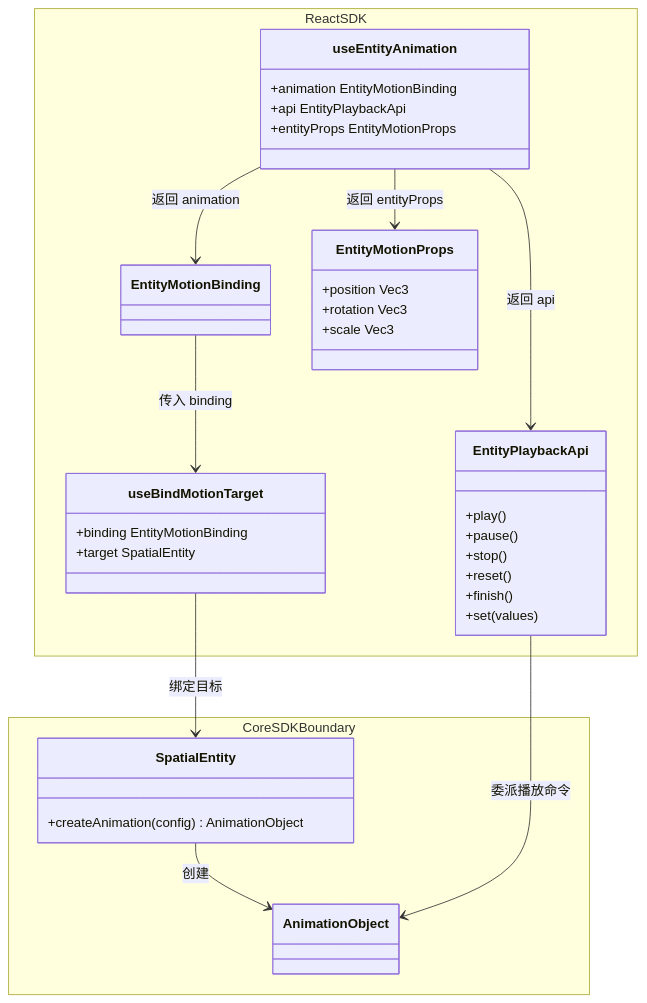
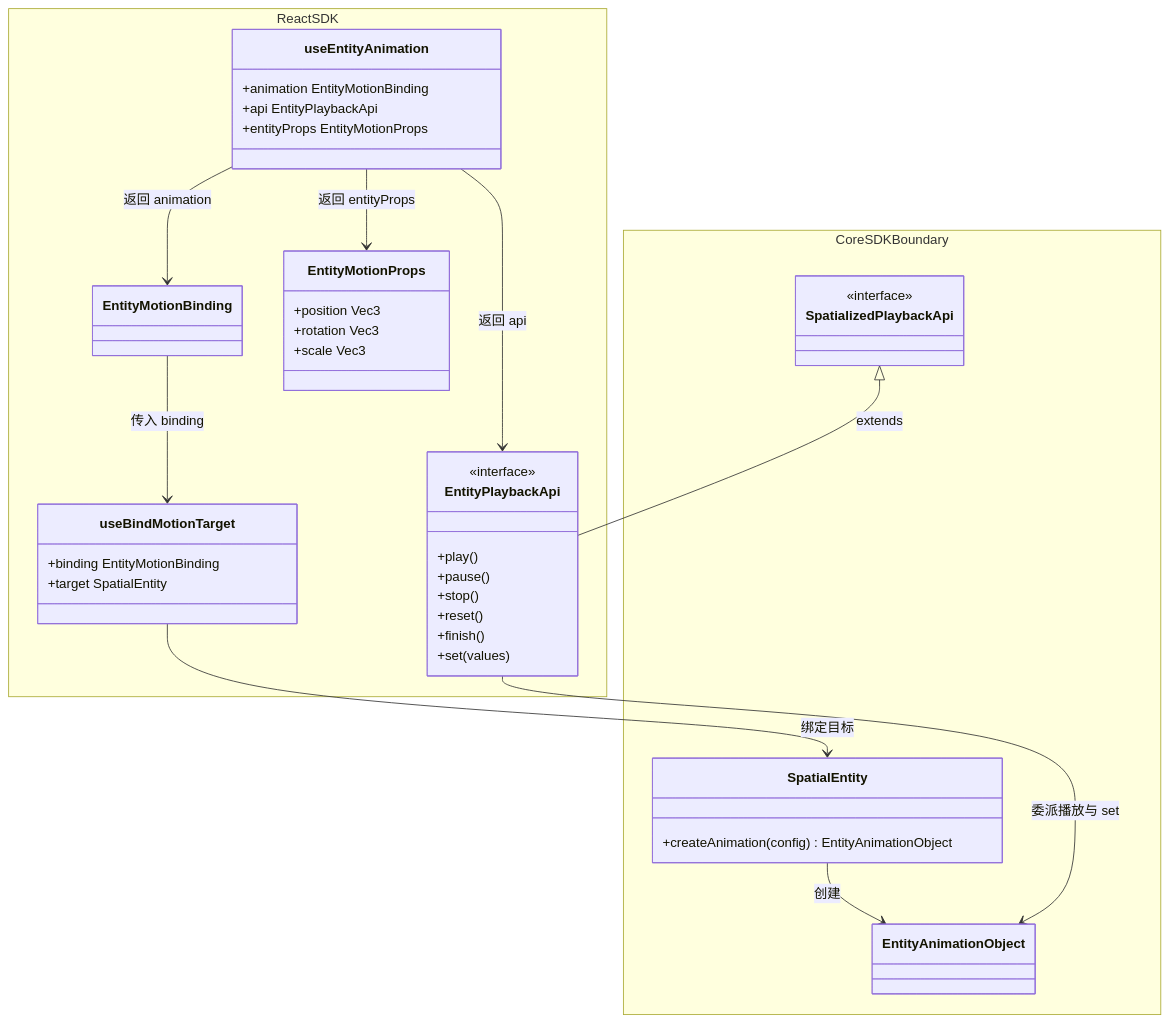
Before and after one commit to webspatial/webspatial-sdk: the fifth of 14 diagrams in openspec/changes/redesign-entity-motion-api/design.zh.md, drawn with Mermaid. The commit also changed other lines of this file and 1 other file, not shown here.

````diff
--- a/openspec/changes/redesign-entity-motion-api/design.zh.md
+++ b/openspec/changes/redesign-entity-motion-api/design.zh.md
@@ -364,41 +399,46 @@
 ```mermaid
 classDiagram
     namespace ReactSDK {
         class useEntityAnimation {
             +animation EntityMotionBinding
             +api EntityPlaybackApi
             +entityProps EntityMotionProps
         }
         class EntityPlaybackApi {
+            <<interface>>
             +play()
             +pause()
             +stop()
             +reset()
             +finish()
             +set(values)
         }
         class EntityMotionBinding
         class EntityMotionProps {
             +position Vec3
             +rotation Vec3
             +scale Vec3
         }
         class useBindMotionTarget {
             +binding EntityMotionBinding
             +target SpatialEntity
         }
     }
     namespace CoreSDKBoundary {
+        class SpatializedPlaybackApi {
+            <<interface>>
+        }
         class SpatialEntity {
-            +createAnimation(config) AnimationObject
+            +createAnimation(config) EntityAnimationObject
         }
-        class AnimationObject
+        class EntityAnimationObject
     }
     useEntityAnimation --> EntityMotionBinding : 返回 animation
     useEntityAnimation --> EntityPlaybackApi : 返回 api
     useEntityAnimation --> EntityMotionProps : 返回 entityProps
     EntityMotionBinding --> useBindMotionTarget : 传入 binding
     useBindMotionTarget --> SpatialEntity : 绑定目标
-    SpatialEntity --> AnimationObject : 创建
-    EntityPlaybackApi --> AnimationObject : 委派播放命令
+    SpatializedPlaybackApi <|-- EntityPlaybackApi : extends
+    SpatialEntity --> EntityAnimationObject : 创建
+    EntityPlaybackApi --> EntityAnimationObject : 委派播放与 set
 ```
````
